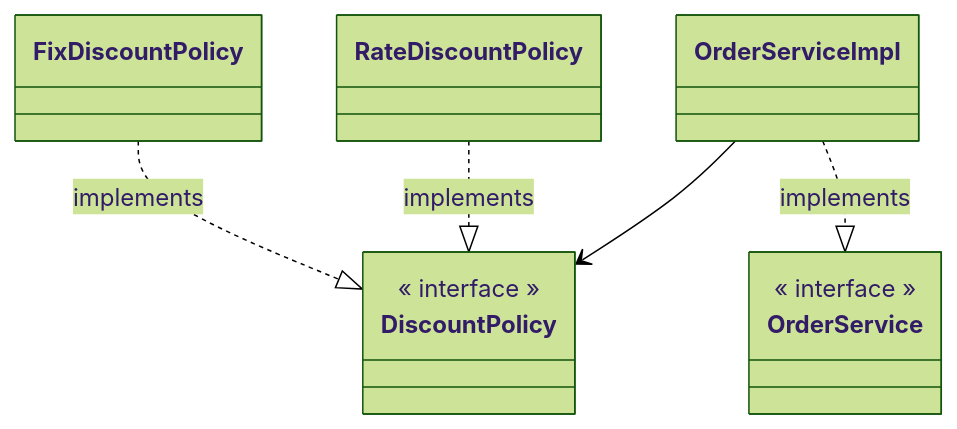
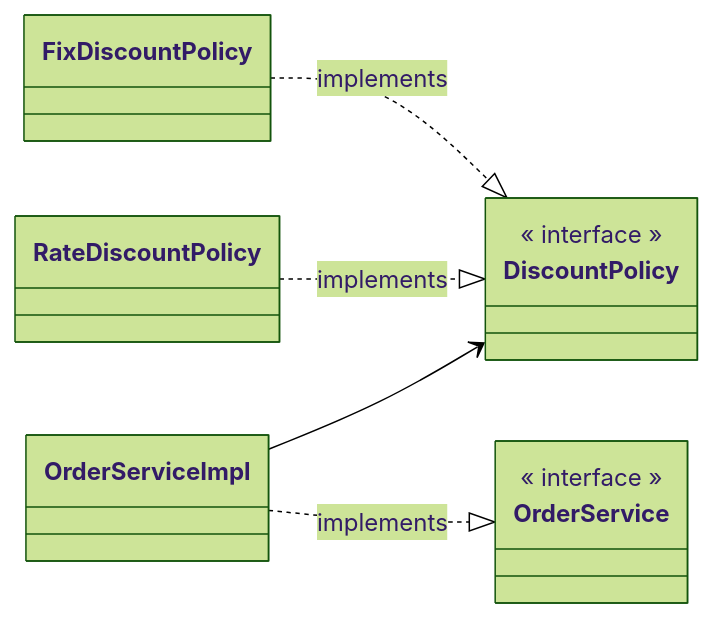
One commit to choiexe1/blog changed the fourth of 4 diagrams in content/Resources/프로그래밍/Java/3. Spring/1. 기본/스프링 핵심 원리 1. 예제 만들기.md. Above: the diagram before and after it, drawn with Mermaid (forest theme). The commit also changed other lines of this file and 1 other file, not shown here.

````diff
--- a/content/Resources/프로그래밍/Java/3. Spring/1. 기본/스프링 핵심 원리 1. 예제 만들기.md
+++ b/content/Resources/프로그래밍/Java/3. Spring/1. 기본/스프링 핵심 원리 1. 예제 만들기.md
@@ -347,15 +347,15 @@
 ```mermaid
 classDiagram
-direction TB
+direction LR
 class FixDiscountPolicy
 class RateDiscountPolicy
 class DiscountPolicy { << interface >> }
 class OrderServiceImpl
 class OrderService { << interface >> }
 
 FixDiscountPolicy ..|> DiscountPolicy : implements
 RateDiscountPolicy ..|> DiscountPolicy : implements
 OrderServiceImpl ..|> OrderService : implements
 OrderServiceImpl --> DiscountPolicy
 
 ```
````
